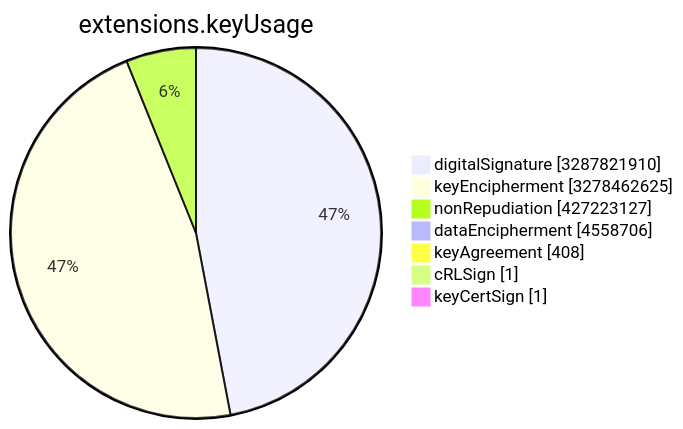
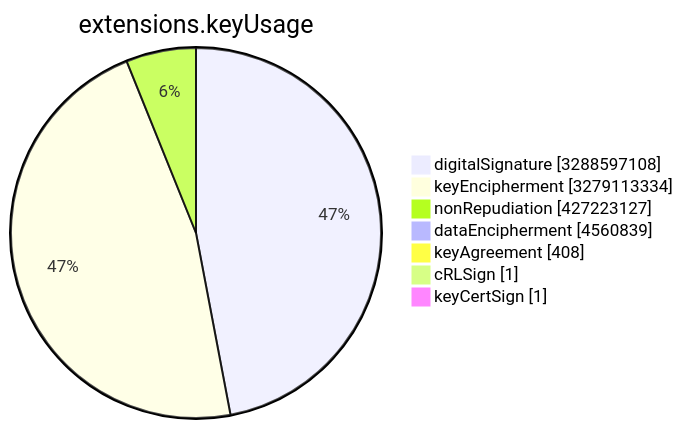
Before and after one commit to christiankrug/ctmonitor_visualization: the sixth of 15 diagrams in TOTAL/README.md, drawn with Mermaid. The commit also changed other lines of this file, not shown here.

````diff
--- a/TOTAL/README.md
+++ b/TOTAL/README.md
@@ -3078,11 +3078,11 @@
 ```mermaid
 pie showData
 title extensions.keyUsage
-"digitalSignature" :3287821910
-"keyEncipherment" :3278462625
+"digitalSignature" :3288597108
+"keyEncipherment" :3279113334
 "nonRepudiation" :427223127
-"dataEncipherment" :4558706
+"dataEncipherment" :4560839
 "keyAgreement" :408
 "cRLSign" :1
 "keyCertSign" :1
 ```
````
